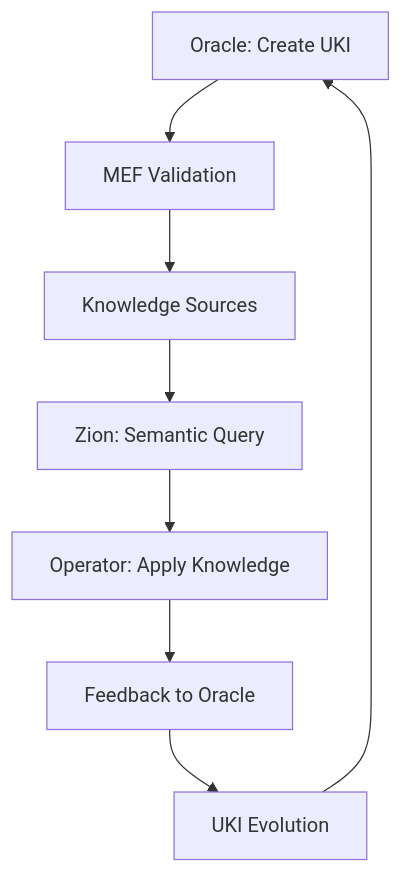
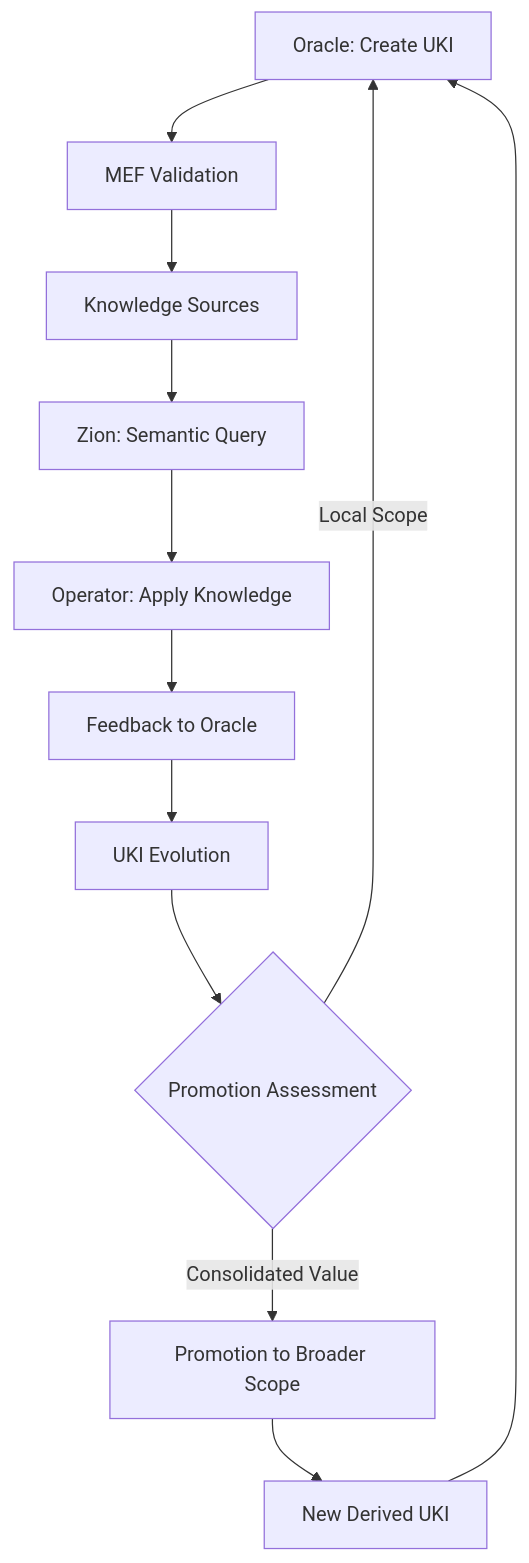
The fourth of 4 diagrams in MATRIX_PROTOCOL.md (netomantonio/matrix-protocol), drawn with Mermaid before and after one commit. The commit also changed other lines of this file and 1 other file, not shown here.

First line of the commit message:
feat(docs): add promotion fields to MEF documentation

````diff
--- a/MATRIX_PROTOCOL.md
+++ b/MATRIX_PROTOCOL.md
@@ -559,10 +565,14 @@
 ```mermaid
 graph TD
     A[Oracle: Create UKI] --> B[MEF Validation]
     B --> C[Knowledge Sources]
     C --> D[Zion: Semantic Query]
     D --> E[Operator: Apply Knowledge]
     E --> F[Feedback to Oracle]
     F --> G[UKI Evolution]
-    G --> A
+    G --> H{Promotion Assessment}
+    H -->|Local Scope| A
+    H -->|Consolidated Value| I[Promotion to Broader Scope]
+    I --> J[New Derived UKI]
+    J --> A
 ```
````
